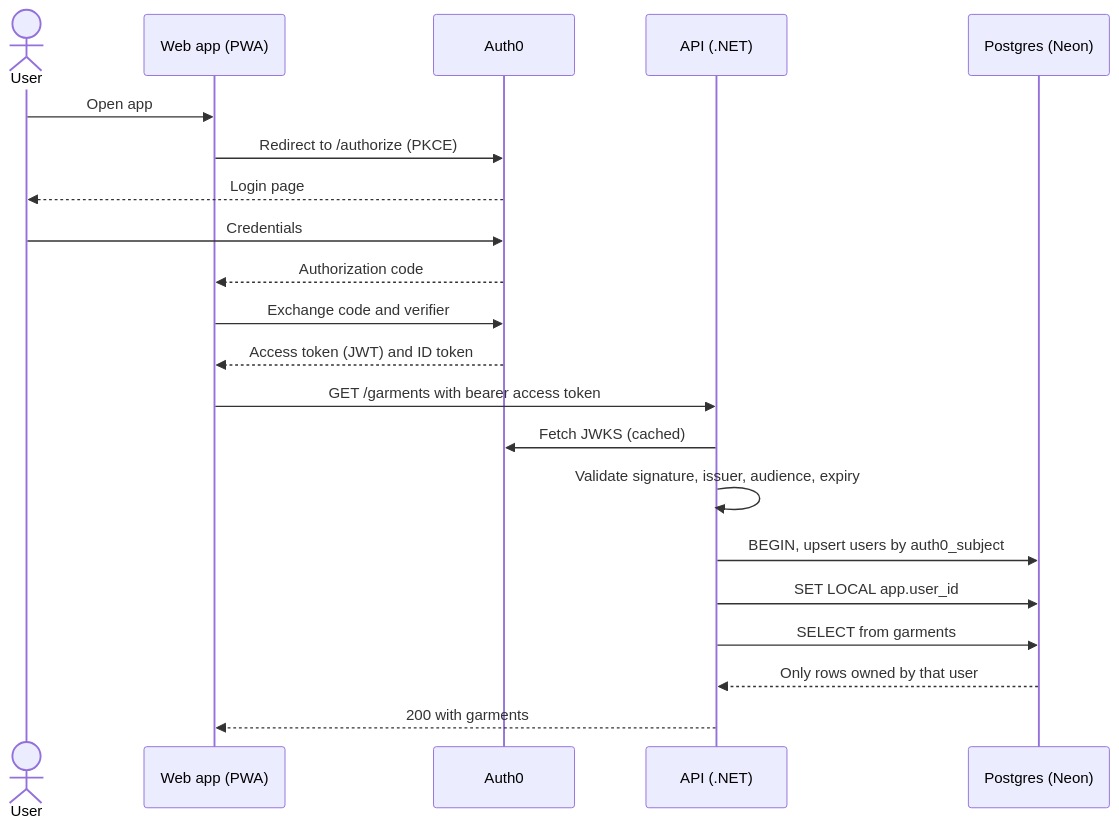
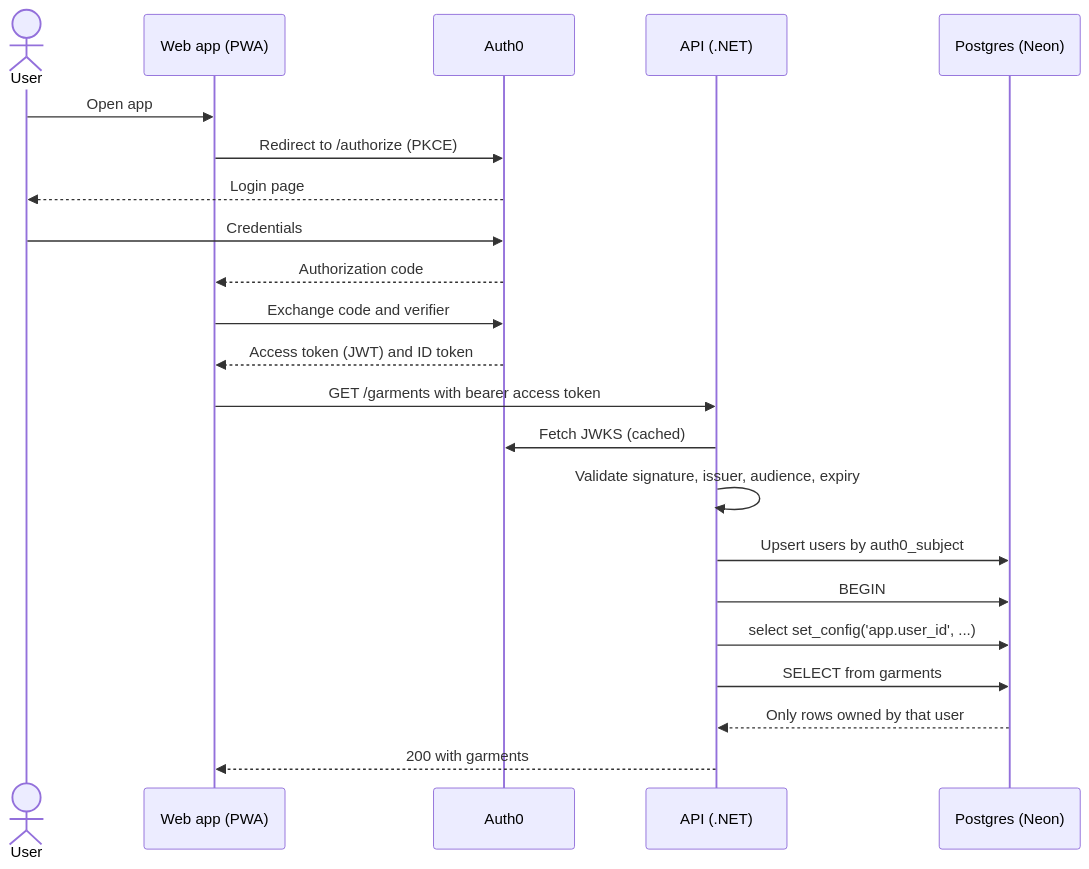
The diagram in docs/architecture/auth-and-security.md (NahuelFernandezGalli/Buckl), drawn with Mermaid before and after one commit. The commit also changed other lines of this file and 7 other files, not shown here.

````diff
--- a/docs/architecture/auth-and-security.md
+++ b/docs/architecture/auth-and-security.md
@@ -12,24 +12,25 @@
 ```mermaid
 sequenceDiagram
     actor U as User
     participant W as Web app (PWA)
     participant A as Auth0
     participant API as API (.NET)
     participant DB as Postgres (Neon)
 
     U->>W: Open app
     W->>A: Redirect to /authorize (PKCE)
     A-->>U: Login page
     U->>A: Credentials
     A-->>W: Authorization code
     W->>A: Exchange code and verifier
     A-->>W: Access token (JWT) and ID token
     W->>API: GET /garments with bearer access token
     API->>A: Fetch JWKS (cached)
     API->>API: Validate signature, issuer, audience, expiry
-    API->>DB: BEGIN, upsert users by auth0_subject
-    API->>DB: SET LOCAL app.user_id
+    API->>DB: Upsert users by auth0_subject
+    API->>DB: BEGIN
+    API->>DB: select set_config('app.user_id', ...)
     API->>DB: SELECT from garments
     DB-->>API: Only rows owned by that user
     API-->>W: 200 with garments
 ```
````
